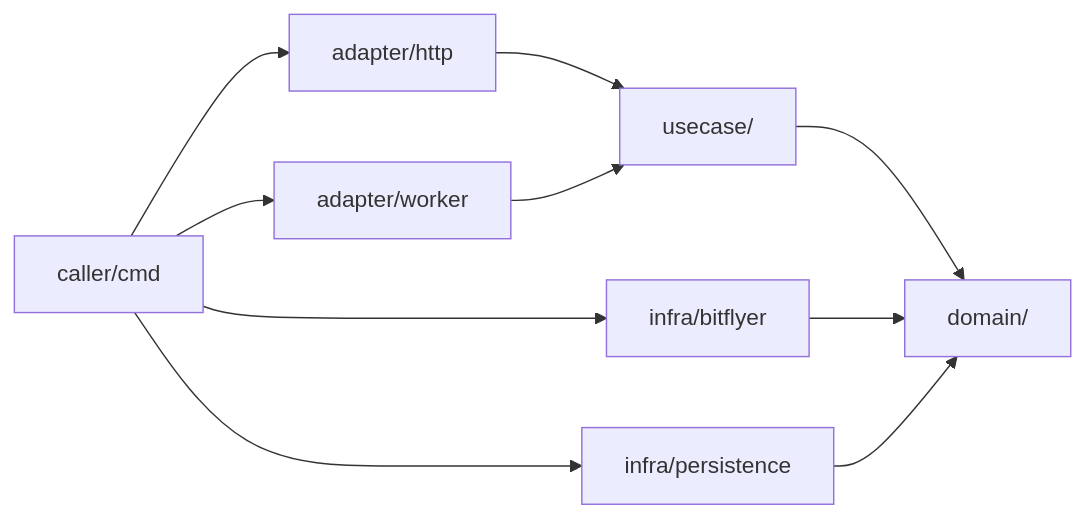
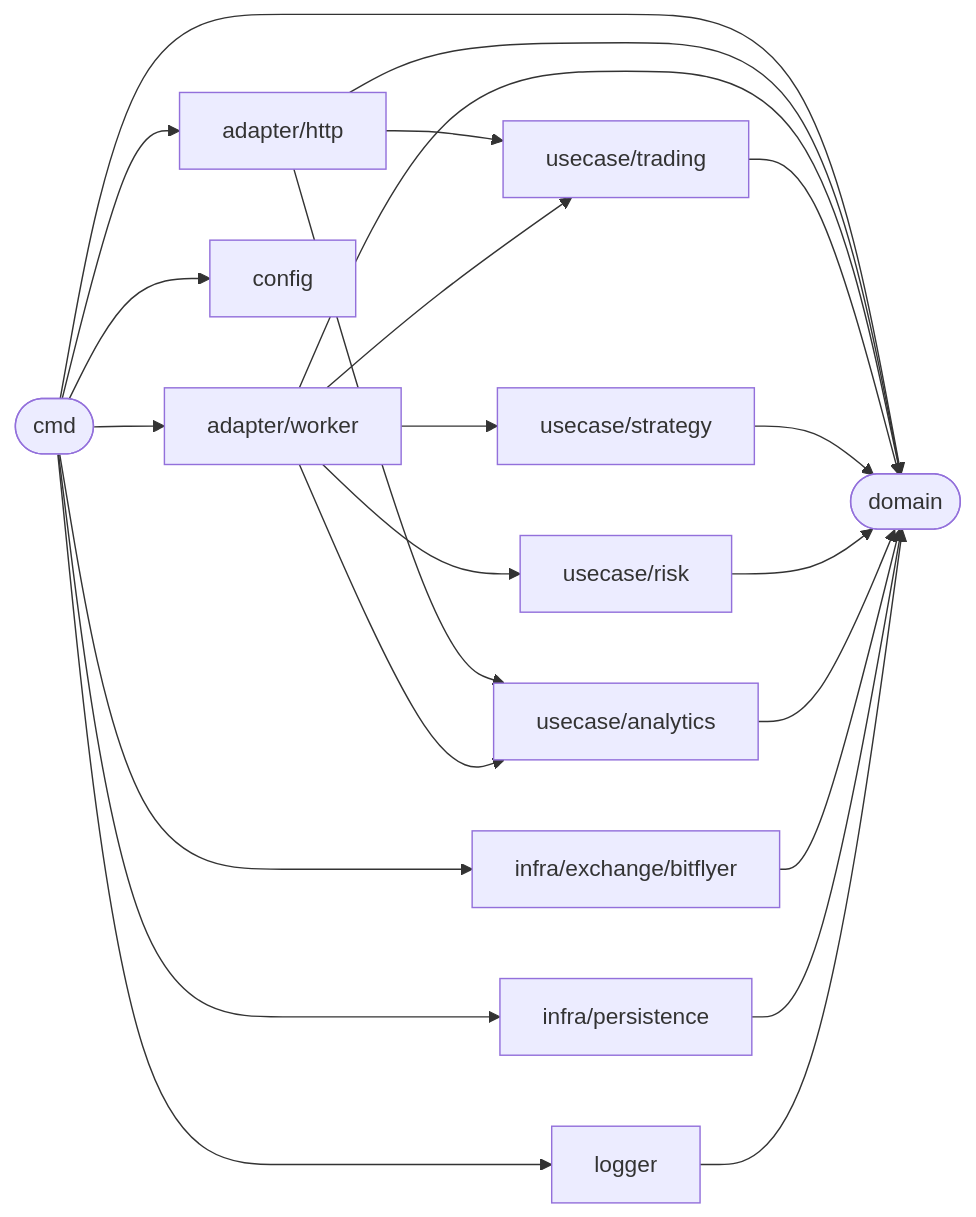
Before and after one commit to bmf-san/bmf-tech: the fourth of 12 diagrams in content/en/posts/introducing-gogocoin.md, drawn with Mermaid. The commit also changed other lines of this file and 1 other file, not shown here.

Commit message:
feat: C4図・完全ユースケース図・全シーケンス図・完全ER図を追加 (en+ja)

````diff
--- a/content/en/posts/introducing-gogocoin.md
+++ b/content/en/posts/introducing-gogocoin.md
@@ -72,20 +148,31 @@
 ```mermaid
 graph LR
-    caller[caller/cmd]
-    http[adapter/http]
-    worker[adapter/worker]
-    bf[infra/bitflyer]
-    db[infra/persistence]
-    uc[usecase/]
-    domain[domain/]
+    cmd([cmd])
 
-    caller --> http
-    caller --> worker
-    caller --> bf
-    caller --> db
-    http --> uc
-    worker --> uc
-    uc --> domain
-    bf --> domain
-    db --> domain
+    cmd --> adp_http[adapter/http]
+    cmd --> adp_worker[adapter/worker]
+    cmd --> infra_bf[infra/exchange/bitflyer]
+    cmd --> infra_db[infra/persistence]
+    cmd --> domain([domain])
+
+    adp_http --> uc_trading[usecase/trading]
+    adp_http --> uc_analytics[usecase/analytics]
+    adp_http --> domain
+    adp_worker --> uc_trading
+    adp_worker --> uc_strategy[usecase/strategy]
+    adp_worker --> uc_risk[usecase/risk]
+    adp_worker --> domain
+
+    uc_trading --> domain
+    uc_strategy --> domain
+    uc_risk --> domain
+    uc_analytics[usecase/analytics] --> domain
+
+    adp_worker --> uc_analytics
+
+    infra_bf --> domain
+    infra_db --> domain
+    logger --> domain
+    cmd --> config[config]
+    cmd --> logger
 ```
````
